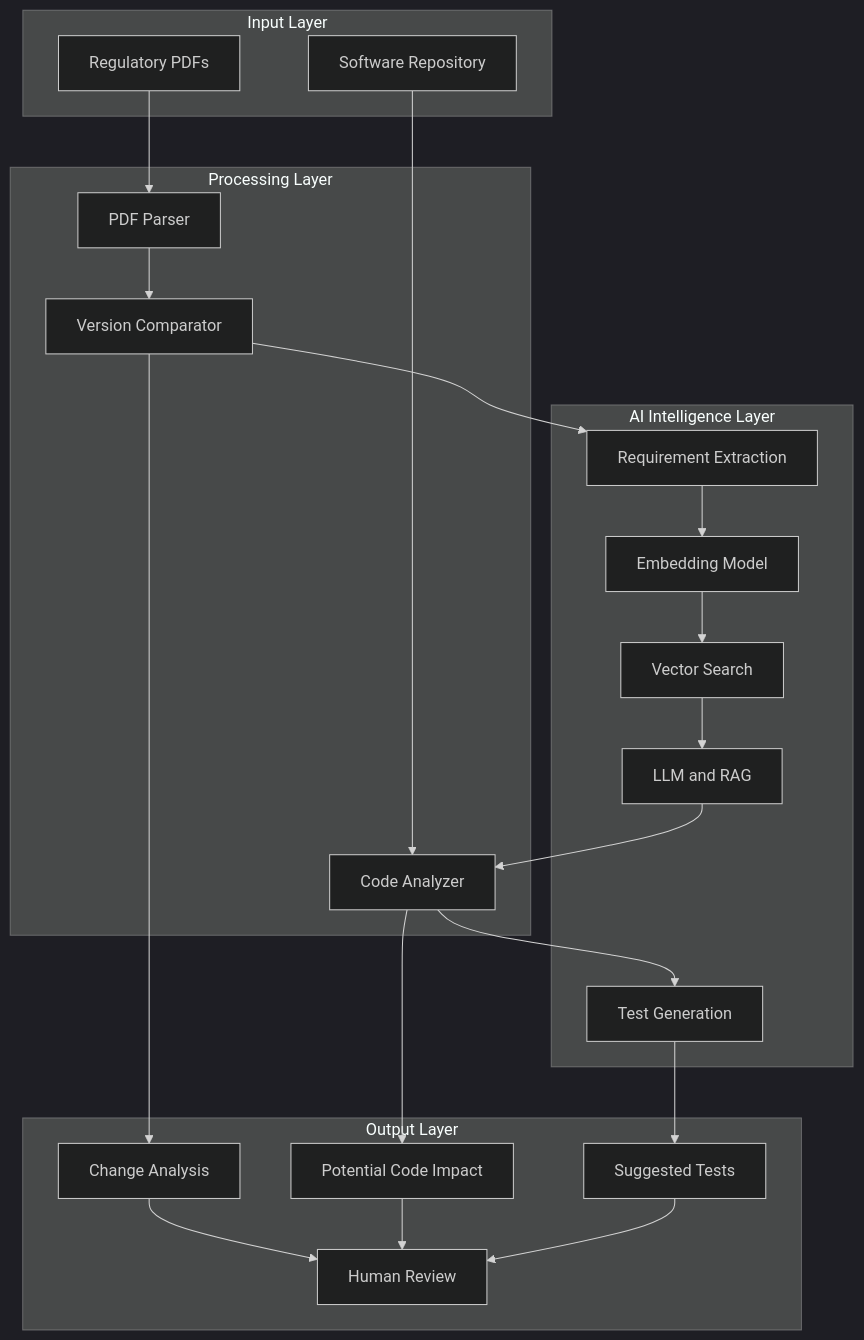
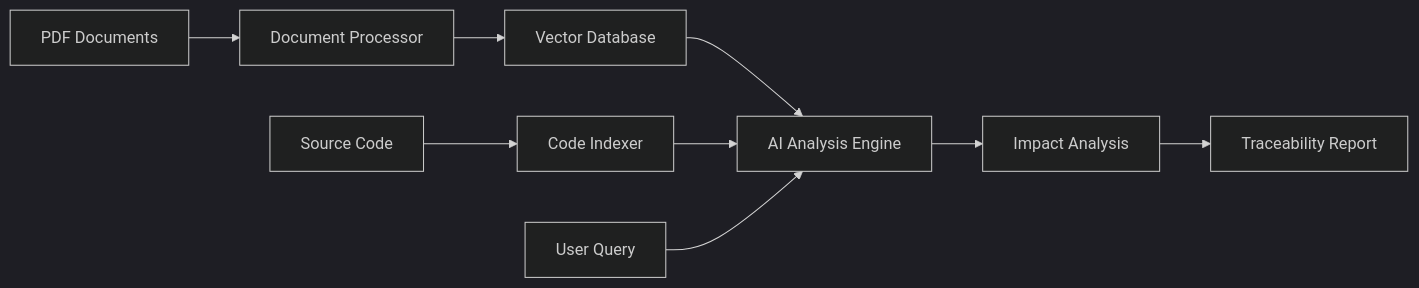
One commit to rajshreesinha-23/regulalens-ai changed the second of 3 diagrams in README.md. Above: the diagram before and after it, drawn with Mermaid (dark theme). The commit also changed other lines of this file, not shown here.

````diff
--- a/README.md
+++ b/README.md
@@ -109,44 +78,11 @@
 ```mermaid
-flowchart TB
-    subgraph Input["Input Layer"]
-        A[Regulatory PDFs]
-        B[Software Repository]
-    end
-
-    subgraph Processing["Processing Layer"]
-        C[PDF Parser]
-        D[Version Comparator]
-        E[Code Analyzer]
-    end
-
-    subgraph Intelligence["AI Intelligence Layer"]
-        F[Requirement Extraction]
-        G[Embedding Model]
-        H[Vector Search]
-        I[LLM and RAG]
-        J[Test Generation]
-    end
-
-    subgraph Output["Output Layer"]
-        K[Change Analysis]
-        L[Potential Code Impact]
-        M[Suggested Tests]
-        N[Human Review]
-    end
-
-    A --> C
-    C --> D
-    D --> F
-    F --> G
-    G --> H
-    H --> I
-    B --> E
-    I --> E
-    E --> J
-    J --> M
-    D --> K
-    E --> L
-    K --> N
-    L --> N
-    M --> N
+flowchart LR
+    A["PDF Documents"] --> B["Document Processor"]
+    B --> C["Vector Database"]
+    D["Source Code"] --> E["Code Indexer"]
+    C --> F["AI Analysis Engine"]
+    E --> F
+    G["User Query"] --> F
+    F --> H["Impact Analysis"]
+    H --> I["Traceability Report"]
 ```
````
